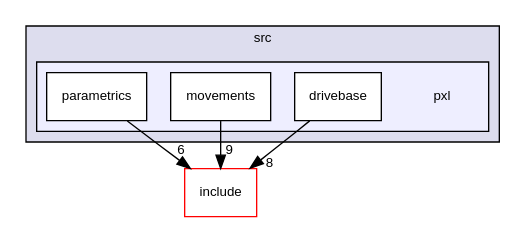
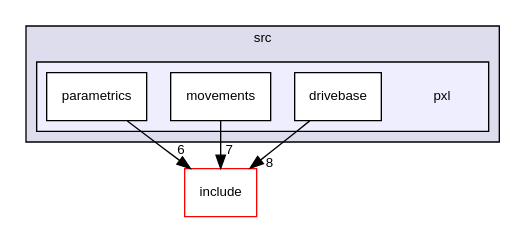
Before and after one commit to Pixel-Lib/Pixel: the diagram in dir_87a857eff530ad659c1a04633acb58d5_dep.dot, drawn with Graphviz. The commit also changed 135 other files, not shown here.

```diff
--- a/dir_87a857eff530ad659c1a04633acb58d5_dep.dot
+++ b/dir_87a857eff530ad659c1a04633acb58d5_dep.dot
@@ -1,19 +1,19 @@
 digraph "src/pxl" {
   compound=true
   node [ fontsize="10", fontname="Helvetica"];
   edge [ labelfontsize="10", labelfontname="Helvetica"];
   subgraph clusterdir_68267d1309a1af8e8297ef4c3efbcdba {
     graph [ bgcolor="#ddddee", pencolor="black", label="src" fontname="Helvetica", fontsize="10", URL="dir_68267d1309a1af8e8297ef4c3efbcdba.html"]
   subgraph clusterdir_87a857eff530ad659c1a04633acb58d5 {
     graph [ bgcolor="#eeeeff", pencolor="black", label="" URL="dir_87a857eff530ad659c1a04633acb58d5.html"];
     dir_87a857eff530ad659c1a04633acb58d5 [shape=plaintext label="pxl"];
   dir_e919bc17ba6dd875156a1492c2b92224 [shape=box label="drivebase" fillcolor="white" style="filled" URL="dir_e919bc17ba6dd875156a1492c2b92224.html"];
   dir_da6b542a4b13fc055b1c444658d69961 [shape=box label="movements" fillcolor="white" style="filled" URL="dir_da6b542a4b13fc055b1c444658d69961.html"];
   dir_5268b233717f10508878cca84d25b979 [shape=box label="parametrics" fillcolor="white" style="filled" URL="dir_5268b233717f10508878cca84d25b979.html"];
   }
   }
   dir_d44c64559bbebec7f509842c48db8b23 [shape=box label="include" fillcolor="white" style="filled" color="red" URL="dir_d44c64559bbebec7f509842c48db8b23.html"];
-  dir_da6b542a4b13fc055b1c444658d69961->dir_d44c64559bbebec7f509842c48db8b23 [headlabel="9", labeldistance=1.5 headhref="dir_000007_000000.html"];
+  dir_da6b542a4b13fc055b1c444658d69961->dir_d44c64559bbebec7f509842c48db8b23 [headlabel="7", labeldistance=1.5 headhref="dir_000007_000000.html"];
   dir_5268b233717f10508878cca84d25b979->dir_d44c64559bbebec7f509842c48db8b23 [headlabel="6", labeldistance=1.5 headhref="dir_000008_000000.html"];
   dir_e919bc17ba6dd875156a1492c2b92224->dir_d44c64559bbebec7f509842c48db8b23 [headlabel="8", labeldistance=1.5 headhref="dir_000006_000000.html"];
 }
```
